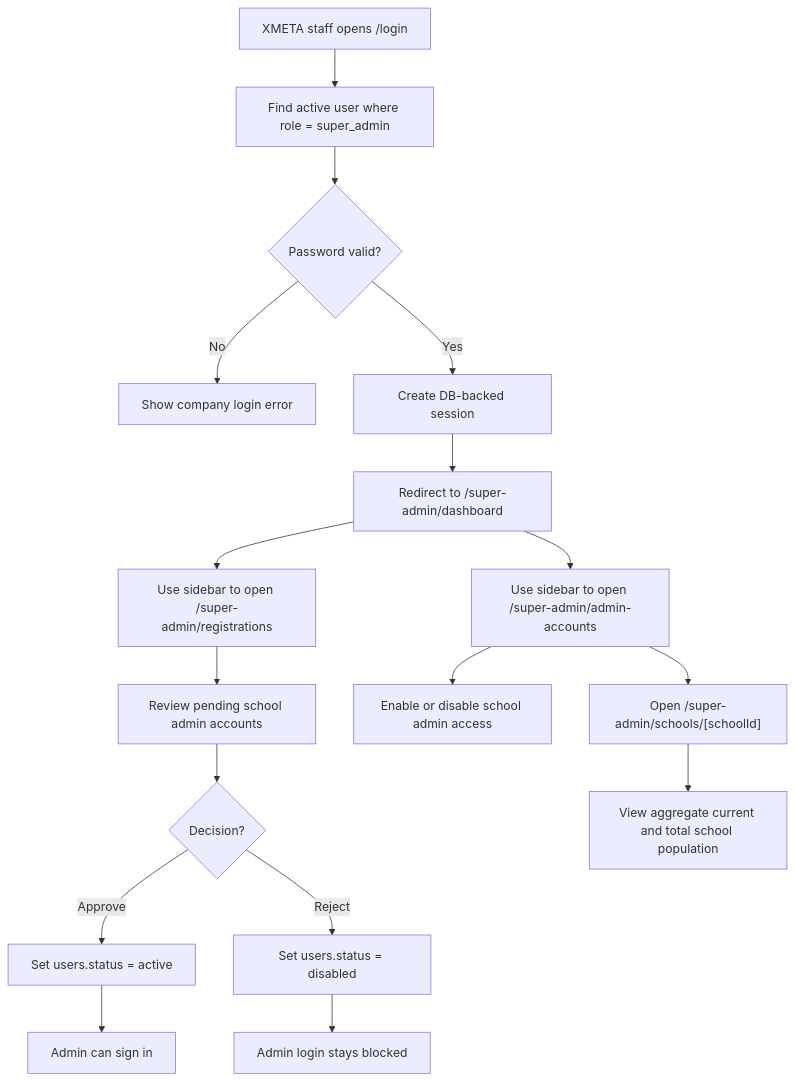
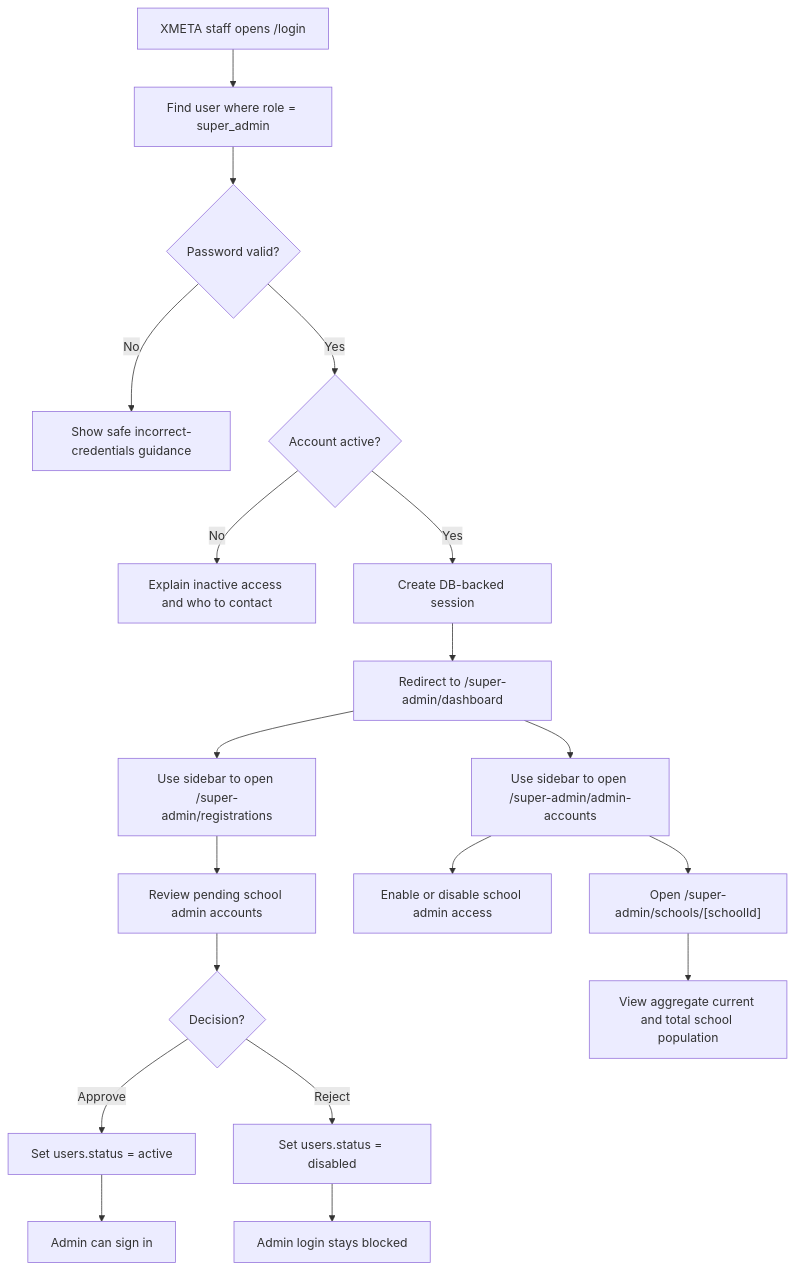
One commit to Xeyn19/xmetapay changed the second of 22 diagrams in docs/PROJECT_FLOWCHARTS.md. Above: the diagram before and after it, drawn with Mermaid. The commit also changed other lines of this file and 17 other files, not shown here.

````diff
--- a/docs/PROJECT_FLOWCHARTS.md
+++ b/docs/PROJECT_FLOWCHARTS.md
@@ -121,19 +121,21 @@
 ```mermaid
 flowchart TD
-  A["XMETA staff opens /login"] --> B["Find active user where role = super_admin"]
+  A["XMETA staff opens /login"] --> B["Find user where role = super_admin"]
   B --> C{"Password valid?"}
-  C -->|No| D["Show company login error"]
-  C -->|Yes| E["Create DB-backed session"]
+  C -->|No| D["Show safe incorrect-credentials guidance"]
+  C -->|Yes| C2{"Account active?"}
+  C2 -->|No| D2["Explain inactive access and who to contact"]
+  C2 -->|Yes| E["Create DB-backed session"]
   E --> F["Redirect to /super-admin/dashboard"]
   F --> G["Use sidebar to open /super-admin/registrations"]
   G --> H["Review pending school admin accounts"]
   H --> I{"Decision?"}
   I -->|Approve| J["Set users.status = active"]
   I -->|Reject| K["Set users.status = disabled"]
   J --> L["Admin can sign in"]
   K --> M["Admin login stays blocked"]
   F --> N["Use sidebar to open /super-admin/admin-accounts"]
   N --> O["Enable or disable school admin access"]
   N --> P["Open /super-admin/schools/[schoolId]"]
   P --> Q["View aggregate current and total school population"]
 ```
````
